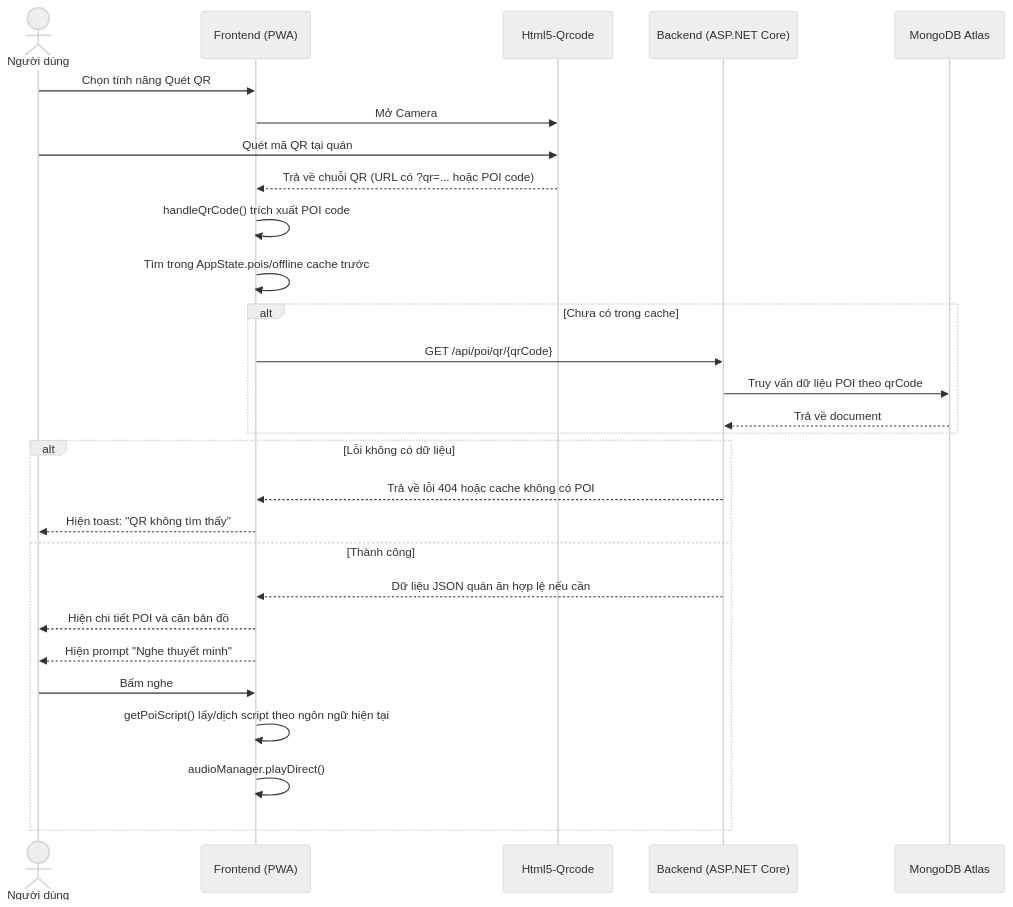
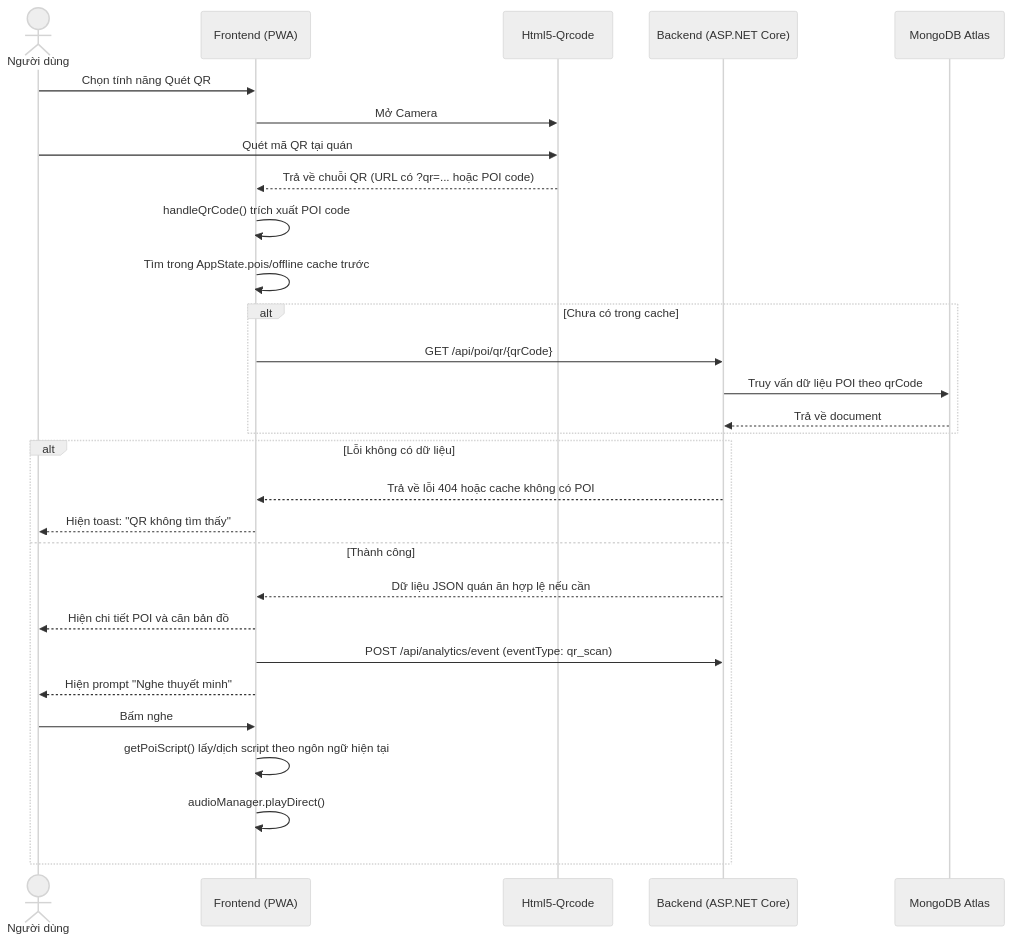
One commit to Hzyl/CShape changed the second of 7 diagrams in PRD_VinhKhanh_Final2.md. Above: the diagram before and after it, drawn with Mermaid (neutral theme). The commit also changed other lines of this file and 42 other files, not shown here.

````diff
--- a/PRD_VinhKhanh_Final2.md
+++ b/PRD_VinhKhanh_Final2.md
@@ -175,33 +175,34 @@
 ```mermaid
 sequenceDiagram
     actor User as Người dùng
     participant App as Frontend (PWA)
     participant Scanner as Html5-Qrcode
     participant API as Backend (ASP.NET Core)
     participant DB as MongoDB Atlas
 
     User->>App: Chọn tính năng Quét QR
     App->>Scanner: Mở Camera
     User->>Scanner: Quét mã QR tại quán
     Scanner-->>App: Trả về chuỗi QR (URL có ?qr=... hoặc POI code)
     App->>App: handleQrCode() trích xuất POI code
     
     App->>App: Tìm trong AppState.pois/offline cache trước
     alt Chưa có trong cache
         App->>API: GET /api/poi/qr/{qrCode}
         API->>DB: Truy vấn dữ liệu POI theo qrCode
         DB-->>API: Trả về document
     end
     
     alt Lỗi không có dữ liệu
         API-->>App: Trả về lỗi 404 hoặc cache không có POI
         App-->>User: Hiện toast: "QR không tìm thấy"
     else Thành công
         API-->>App: Dữ liệu JSON quán ăn hợp lệ nếu cần
         App-->>User: Hiện chi tiết POI và căn bản đồ
+        App->>API: POST /api/analytics/event (eventType: qr_scan)
         App-->>User: Hiện prompt "Nghe thuyết minh"
         User->>App: Bấm nghe
         App->>App: getPoiScript() lấy/dịch script theo ngôn ngữ hiện tại
         App->>App: audioManager.playDirect()
     end
 ```
````
